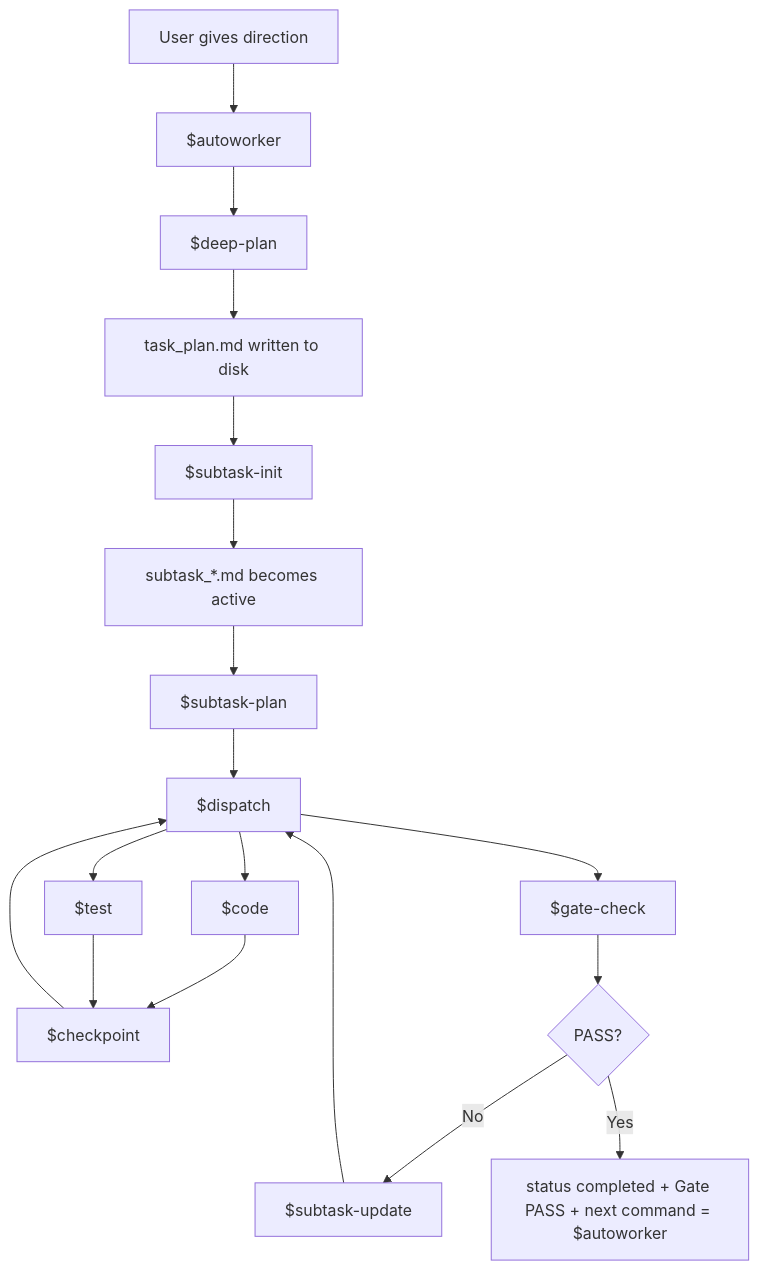
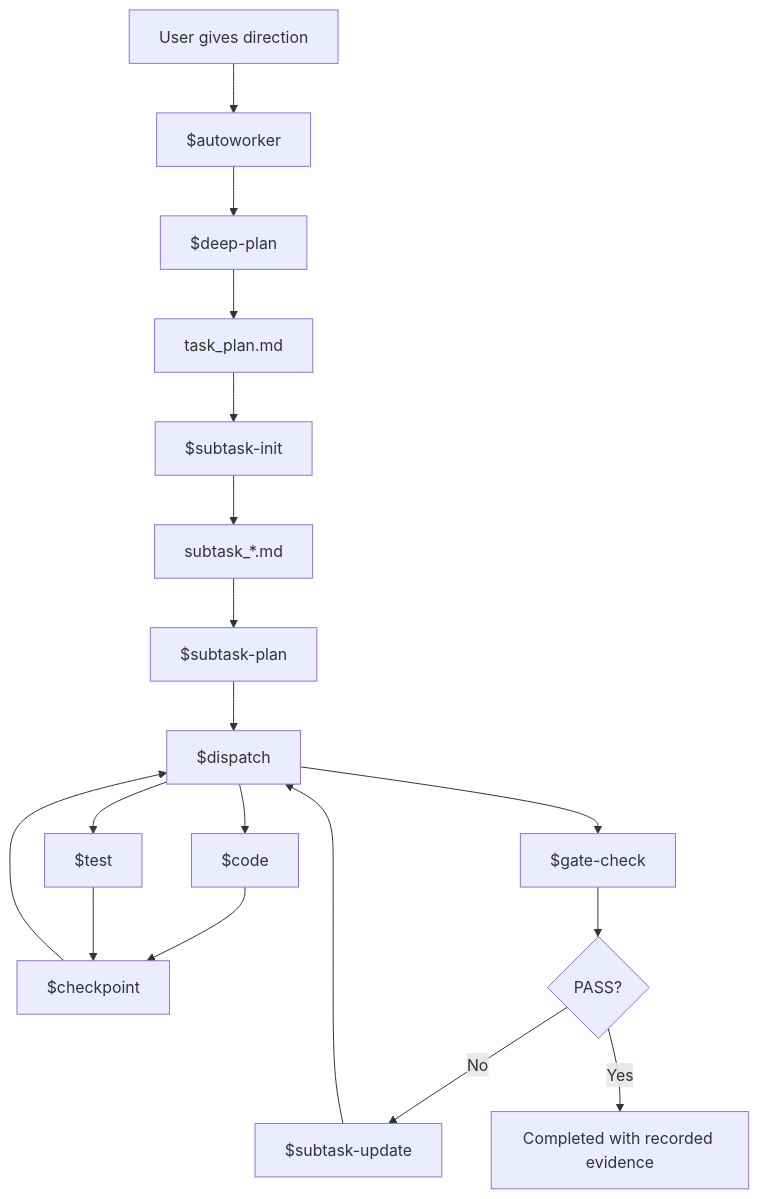
Before and after one commit to Frank-Opus/codex_autoworker: the diagram in README.md, drawn with Mermaid. The commit also changed other lines of this file and 3 other files, not shown here.

````diff
--- a/README.md
+++ b/README.md
@@ -58,20 +76,20 @@
 ```mermaid
 flowchart TD
     A[User gives direction] --> B[$autoworker]
     B --> C[$deep-plan]
-    C --> D[task_plan.md written to disk]
+    C --> D[task_plan.md]
     D --> E[$subtask-init]
-    E --> F[subtask_*.md becomes active]
+    E --> F[subtask_*.md]
     F --> G[$subtask-plan]
     G --> H[$dispatch]
     H --> I[$code]
     I --> J[$checkpoint]
     J --> H
     H --> K[$test]
     K --> J
     H --> L[$gate-check]
     L --> M{PASS?}
     M -- No --> N[$subtask-update]
     N --> H
-    M -- Yes --> O[status completed + Gate PASS + next command = $autoworker]
+    M -- Yes --> O[Completed with recorded evidence]
 ```
````
